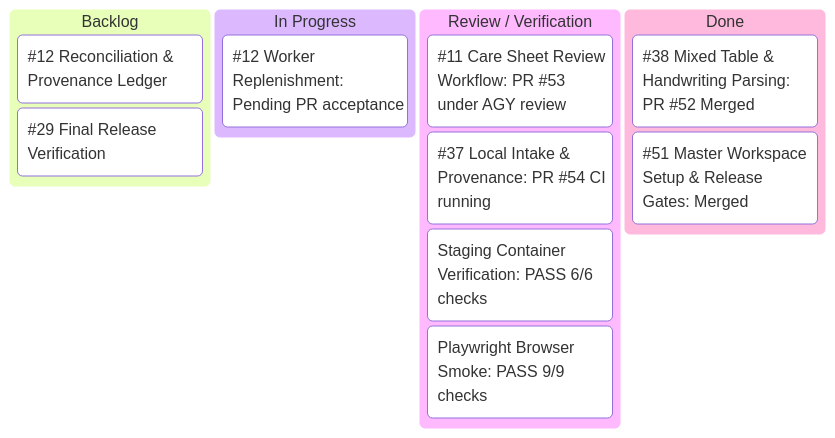
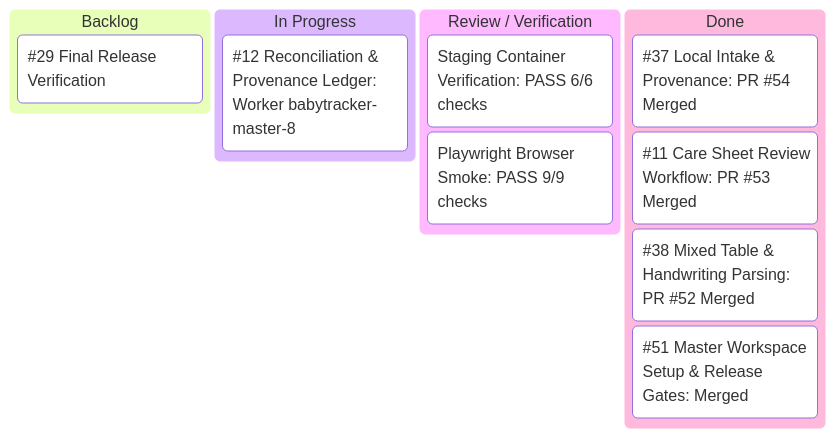
One commit to MulattoTech/BabyTracker-Master changed the diagram in docs/KANBAN.md. Above: the diagram before and after it, drawn with Mermaid. The commit also changed other lines of this file, not shown here.

Commit message:
docs(kanban): synchronize active status for worker 8 on issue #12

````diff
--- a/docs/KANBAN.md
+++ b/docs/KANBAN.md
@@ -11,16 +11,15 @@
 ```mermaid
 kanban
   Backlog
-    [#12 Reconciliation & Provenance Ledger]
     [#29 Final Release Verification]
   In Progress
-    [#12 Worker Replenishment: Pending PR acceptance]
+    [#12 Reconciliation & Provenance Ledger: Worker babytracker-master-8]
   Review / Verification
-    [#11 Care Sheet Review Workflow: PR #53 under AGY review]
-    [#37 Local Intake & Provenance: PR #54 CI running]
     [Staging Container Verification: PASS 6/6 checks]
     [Playwright Browser Smoke: PASS 9/9 checks]
   Done
+    [#37 Local Intake & Provenance: PR #54 Merged]
+    [#11 Care Sheet Review Workflow: PR #53 Merged]
     [#38 Mixed Table & Handwriting Parsing: PR #52 Merged]
     [#51 Master Workspace Setup & Release Gates: Merged]
 ```
````
